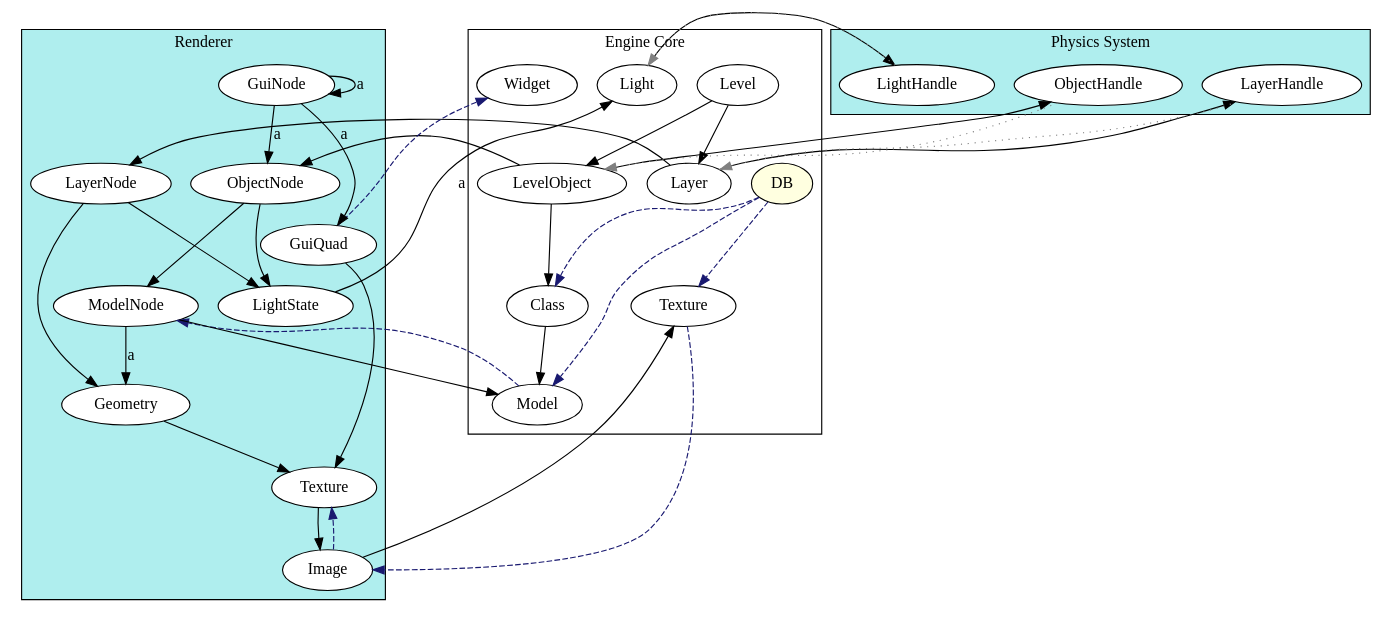
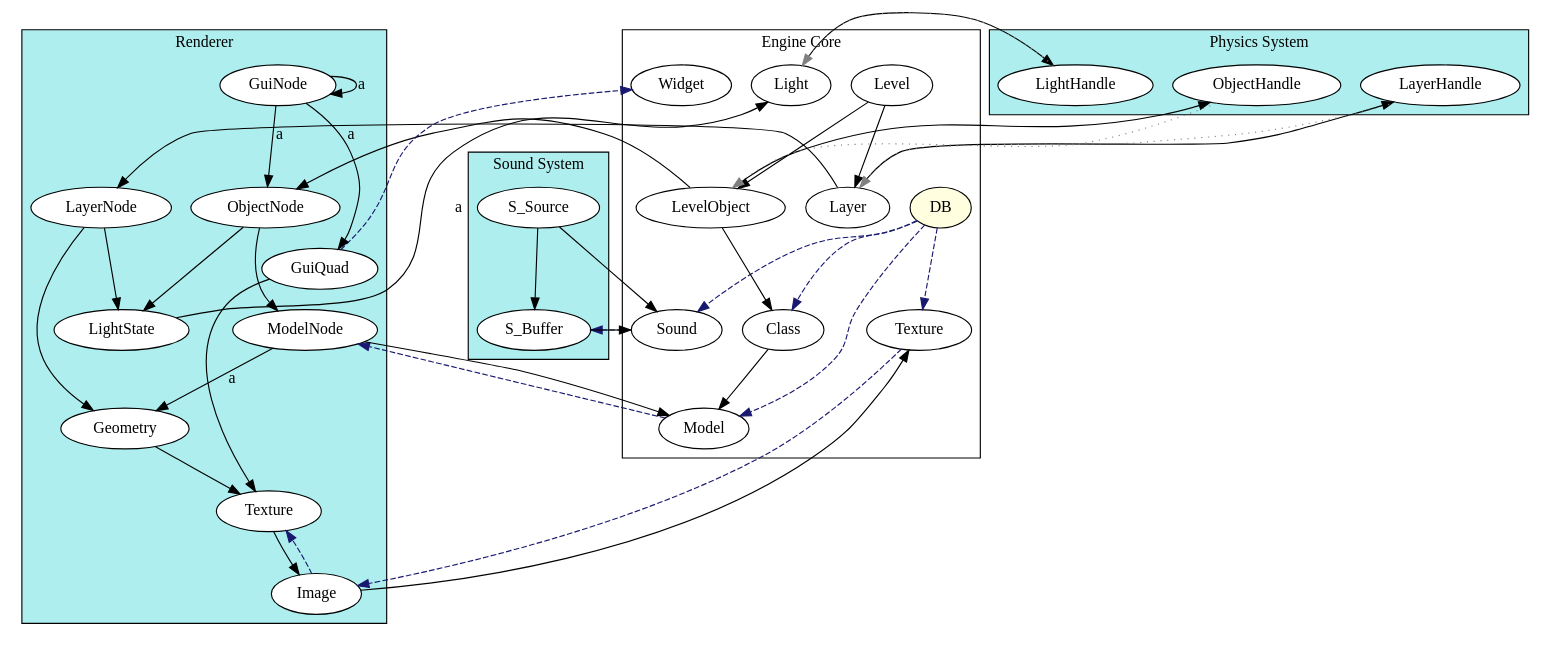
The diagram in doc/od_ownership.gv (Zalasus/opendrakan), drawn with Graphviz before and after one commit.

Commit message:
Add sound system to ownership graph

```diff
--- a/doc/od_ownership.gv
+++ b/doc/od_ownership.gv
@@ -1,121 +1,139 @@
 
 /*
  * A DOT graph representing shared ownership relations in OpenDrakan.
  *
  * Strong references are marked by solid, black arrows.
  * Weak references are marked by dashed, blue arrows.
  * Non-owning references are marked by dotted, gray arrows.
  */
 
 digraph od_ownership
 {
     subgraph cluster_core
     {
         graph [label="Engine Core"];
 
         DB [style=filled, fillcolor=LightYellow];
         Class;
         Texture;
         Model;
+        Sound;
         Level;
         LevelObject;
         Layer;
         Widget;
         Light;
     }
 
     subgraph cluster_renderer
     {
         graph [label="Renderer", style=filled, fillcolor=PaleTurquoise];
         node [style=filled, fillcolor=white];
 
         R_ObjectNode [label="ObjectNode"];
         R_ModelNode [label="ModelNode"];
         R_Geometry [label="Geometry"];
         R_Texture [label="Texture"];
         R_Image [label="Image"];
         R_GuiQuad [label="GuiQuad"];
         R_GuiNode [label="GuiNode"];
         R_LayerNode [label="LayerNode"];
         R_LightState [label="LightState"];        
     }
 
     subgraph cluster_physics
     {
         graph [label="Physics System", style=filled, fillcolor=PaleTurquoise];
         node [style=filled, fillcolor=white];
 
         P_ObjectHandle [label="ObjectHandle"];
         P_LayerHandle [label="LayerHandle"];
         P_LightHandle [label="LightHandle"];        
     }
 
+    subgraph cluster_sound
+    {
+        graph [label="Sound System", style=filled, fillcolor=PaleTurquoise];
+        node [style=filled, fillcolor=white];
+        
+        S_Buffer;
+        S_Source;
+    }
+    
 
     // non-owning references
     edge [style=dotted, color=gray]
     {
         P_ObjectHandle -> LevelObject;
 
         P_LightHandle -> Light;
 
         P_LayerHandle -> Layer;
     }
 
     // weak references
     edge [style = dashed, color=MidnightBlue]
     {
         DB -> Class;
         DB -> Texture;
         DB -> Model;
+        DB -> Sound;
 
         Texture -> R_Image;
 
         Model -> R_ModelNode;
 
         R_Image -> R_Texture;
 
         R_GuiQuad -> Widget;
+        
+        Sound -> S_Buffer;
     }
 
     // strong references
     edge [style = solid, color=black]
     {
         Class -> Model;
 
         Level -> LevelObject;
         Level -> Layer;
 
         LevelObject -> Class;
         LevelObject -> R_ObjectNode;
         LevelObject -> P_ObjectHandle;
         
         Layer -> R_LayerNode;
         Layer -> P_LayerHandle;
         
         Light -> P_LightHandle;
 
         R_ObjectNode -> R_ModelNode;
         R_ObjectNode -> R_LightState;
 
         R_LayerNode -> R_Geometry;
         R_LayerNode -> R_LightState;
 
         R_ModelNode -> R_Geometry [label=a];
         R_ModelNode -> Model;
 
         R_Geometry -> R_Texture;
 
         R_Texture -> R_Image;
 
         R_Image -> Texture;
 
         R_GuiQuad -> R_Texture;
 
         R_GuiNode -> R_GuiNode [label=a];
         R_GuiNode -> R_GuiQuad [label=a];
         R_GuiNode -> R_ObjectNode [label=a];
 
         R_LightState -> Light [label=a];
+        
+        S_Buffer -> Sound;
+        
+        S_Source -> S_Buffer;
+        S_Source -> Sound;
     }
 
 }
```
